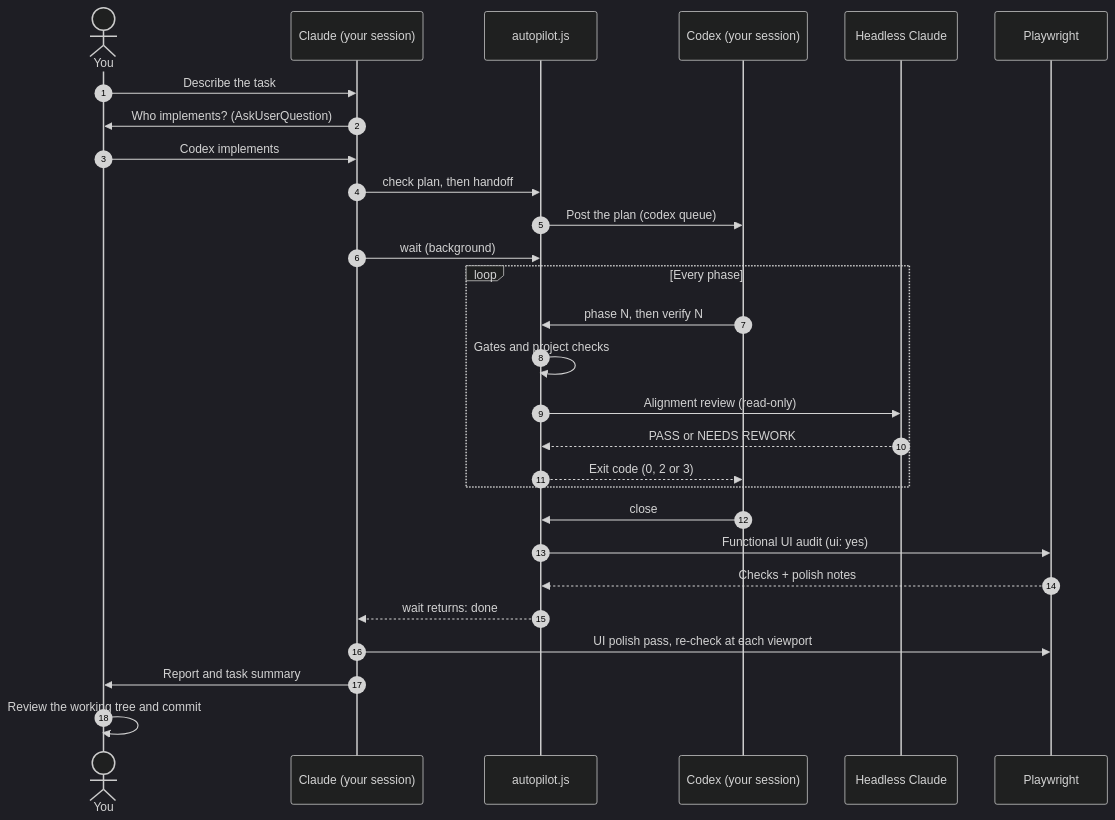
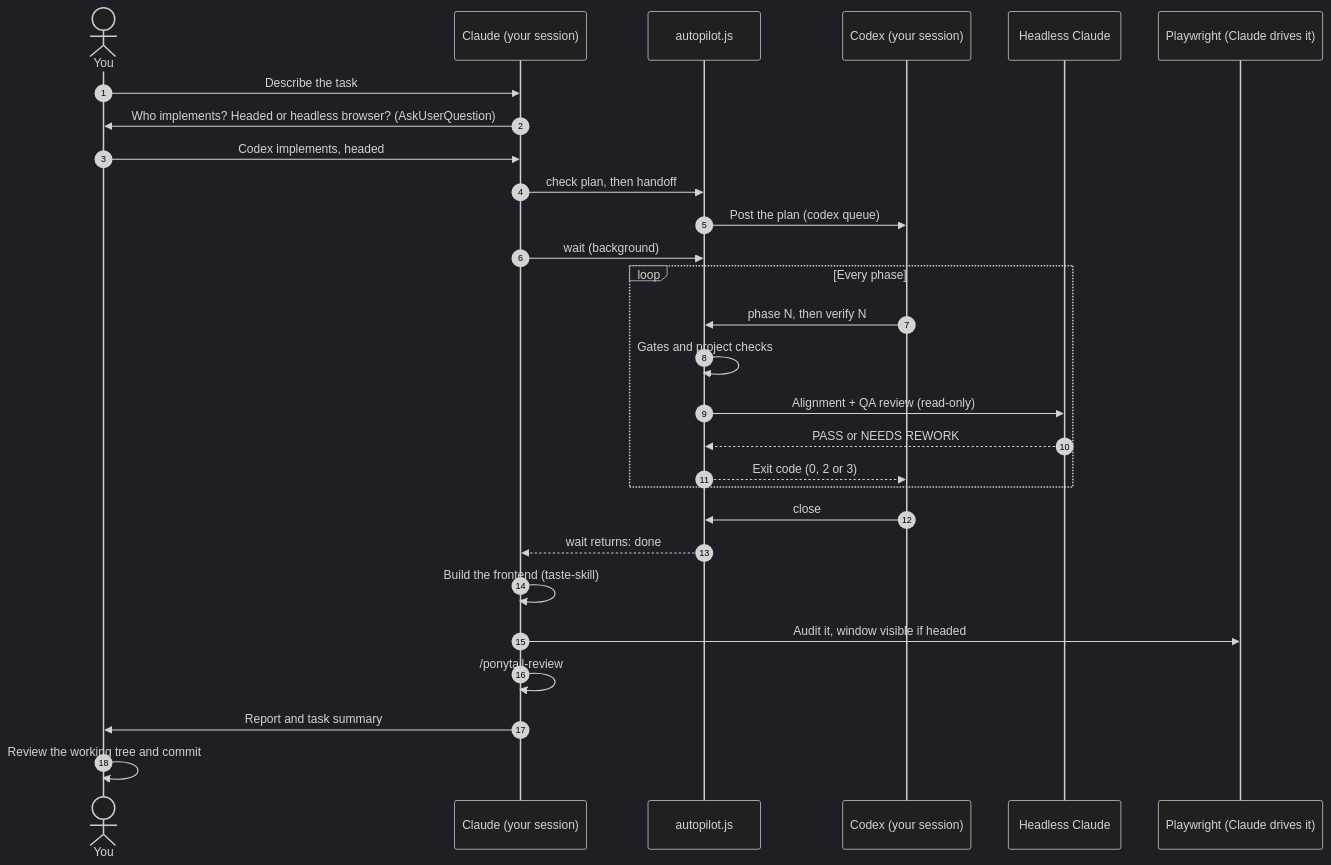
Before and after one commit to Jonrei1/dual-agent-workflow: the second of 3 diagrams in README.md, drawn with Mermaid (dark theme). The commit also changed other lines of this file and 24 other files, not shown here.

Commit message:
feat: add dual-agent Claude-Codex workflow skill and templates

````diff
--- a/README.md
+++ b/README.md
@@ -56,31 +58,31 @@
 ```mermaid
 sequenceDiagram
     autonumber
     actor You
     participant C as Claude (your session)
     participant A as autopilot.js
     participant X as Codex (your session)
     participant H as Headless Claude
-    participant P as Playwright
+    participant P as Playwright (Claude drives it)
 
     You->>C: Describe the task
-    C->>You: Who implements? (AskUserQuestion)
-    You->>C: Codex implements
+    C->>You: Who implements? Headed or headless browser? (AskUserQuestion)
+    You->>C: Codex implements, headed
     C->>A: check plan, then handoff
     A->>X: Post the plan (codex queue)
     C->>A: wait (background)
     loop Every phase
         X->>A: phase N, then verify N
         A->>A: Gates and project checks
-        A->>H: Alignment review (read-only)
+        A->>H: Alignment + QA review (read-only)
         H-->>A: PASS or NEEDS REWORK
         A-->>X: Exit code (0, 2 or 3)
     end
     X->>A: close
-    A->>P: Functional UI audit (ui: yes)
-    P-->>A: Checks + polish notes
     A-->>C: wait returns: done
-    C->>P: UI polish pass, re-check at each viewport
+    C->>C: Build the frontend (taste-skill)
+    C->>P: Audit it, window visible if headed
+    C->>C: /ponytail-review
     C->>You: Report and task summary
     You->>You: Review the working tree and commit
 ```
````
